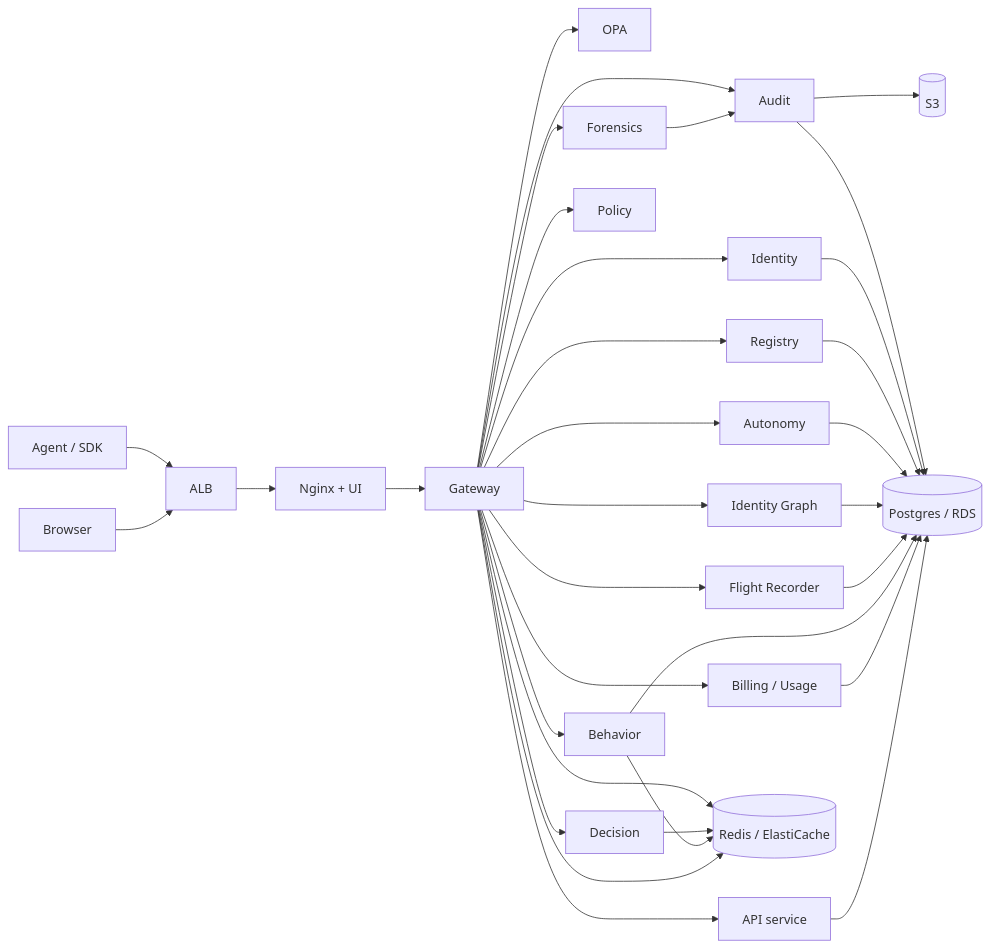
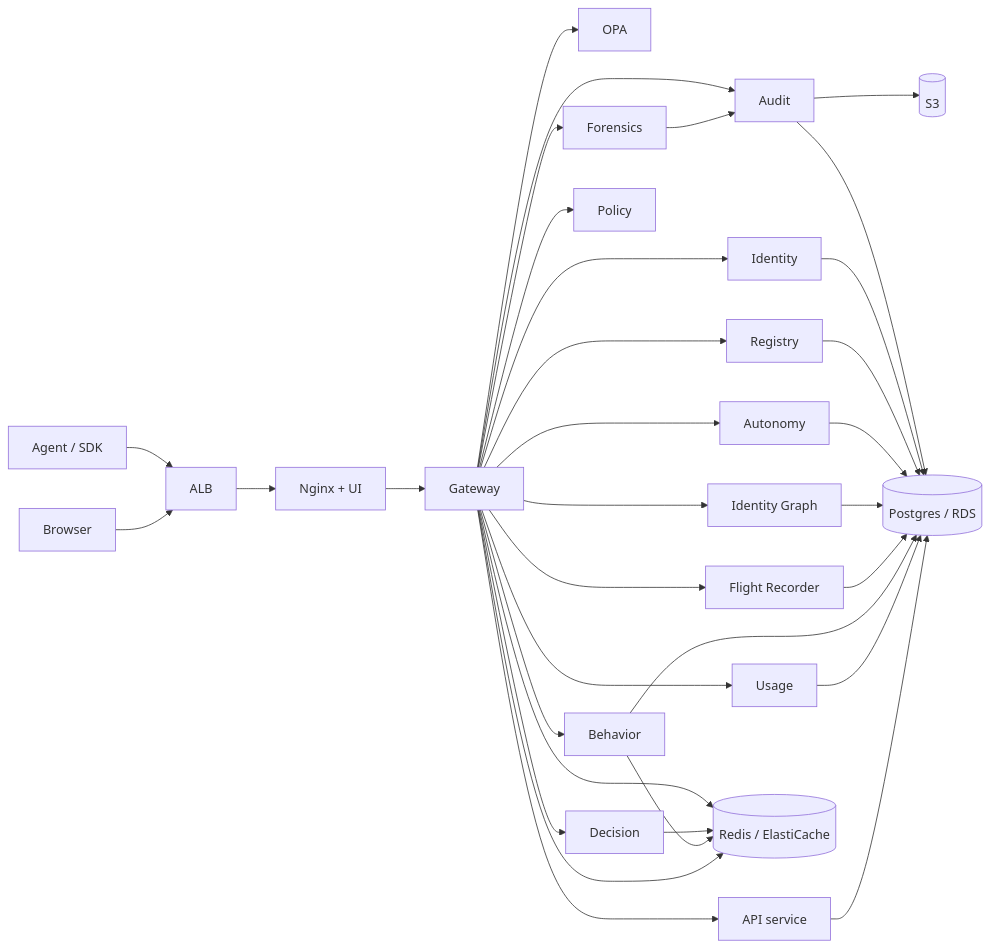
Before and after one commit to Abhi-mishra998/aegis: the diagram in docs/architecture/system-overview.md, drawn with Mermaid. The commit also changed other lines of this file and 353 other files, not shown here.

````diff
--- a/docs/architecture/system-overview.md
+++ b/docs/architecture/system-overview.md
@@ -9,56 +9,56 @@
 ```mermaid
 flowchart LR
     Agent[Agent / SDK]
     Browser[Browser]
     ALB[ALB]
     Nginx[Nginx + UI]
     GW[Gateway]
     OPA[OPA]
     Decision[Decision]
     Behavior[Behavior]
     Policy[Policy]
     Registry[Registry]
     Identity[Identity]
     Audit[Audit]
-    Billing[Billing / Usage]
+    Usage[Usage]
     Autonomy[Autonomy]
     Graph[Identity Graph]
     Flight[Flight Recorder]
     Forensics[Forensics]
     API[API service]
     Postgres[(Postgres / RDS)]
     Redis[(Redis / ElastiCache)]
     S3[(S3)]
     Agent --> ALB
     Browser --> ALB
     ALB --> Nginx
     Nginx --> GW
     GW --> OPA
     GW --> Policy
     GW --> Decision
     GW --> Behavior
     GW --> Registry
     GW --> Identity
     GW --> Audit
-    GW --> Billing
+    GW --> Usage
     GW --> Autonomy
     GW --> Graph
     GW --> Flight
     GW --> Forensics
     GW --> API
     GW --> Redis
     Audit --> Postgres
     Audit --> S3
     Identity --> Postgres
     Registry --> Postgres
     Autonomy --> Postgres
     Graph --> Postgres
     Flight --> Postgres
     Behavior --> Postgres
-    Billing --> Postgres
+    Usage --> Postgres
     API --> Postgres
     Forensics --> Audit
     Decision --> Redis
     Behavior --> Redis
     GW --> Redis
 ```
````
